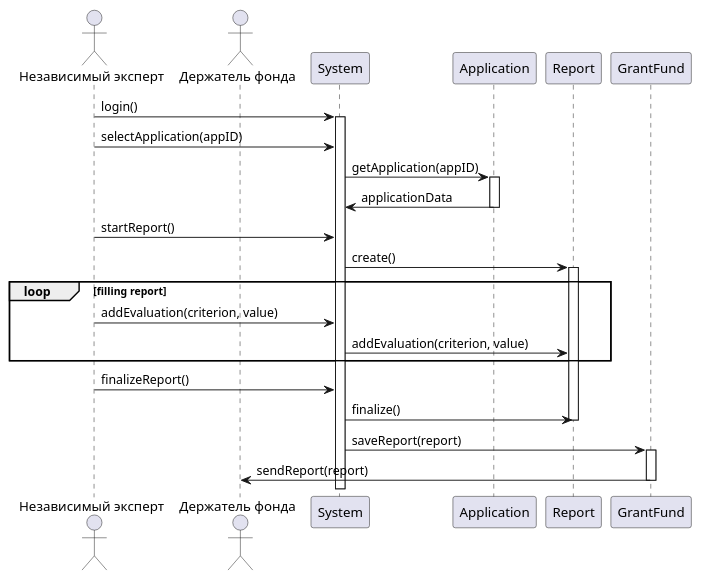
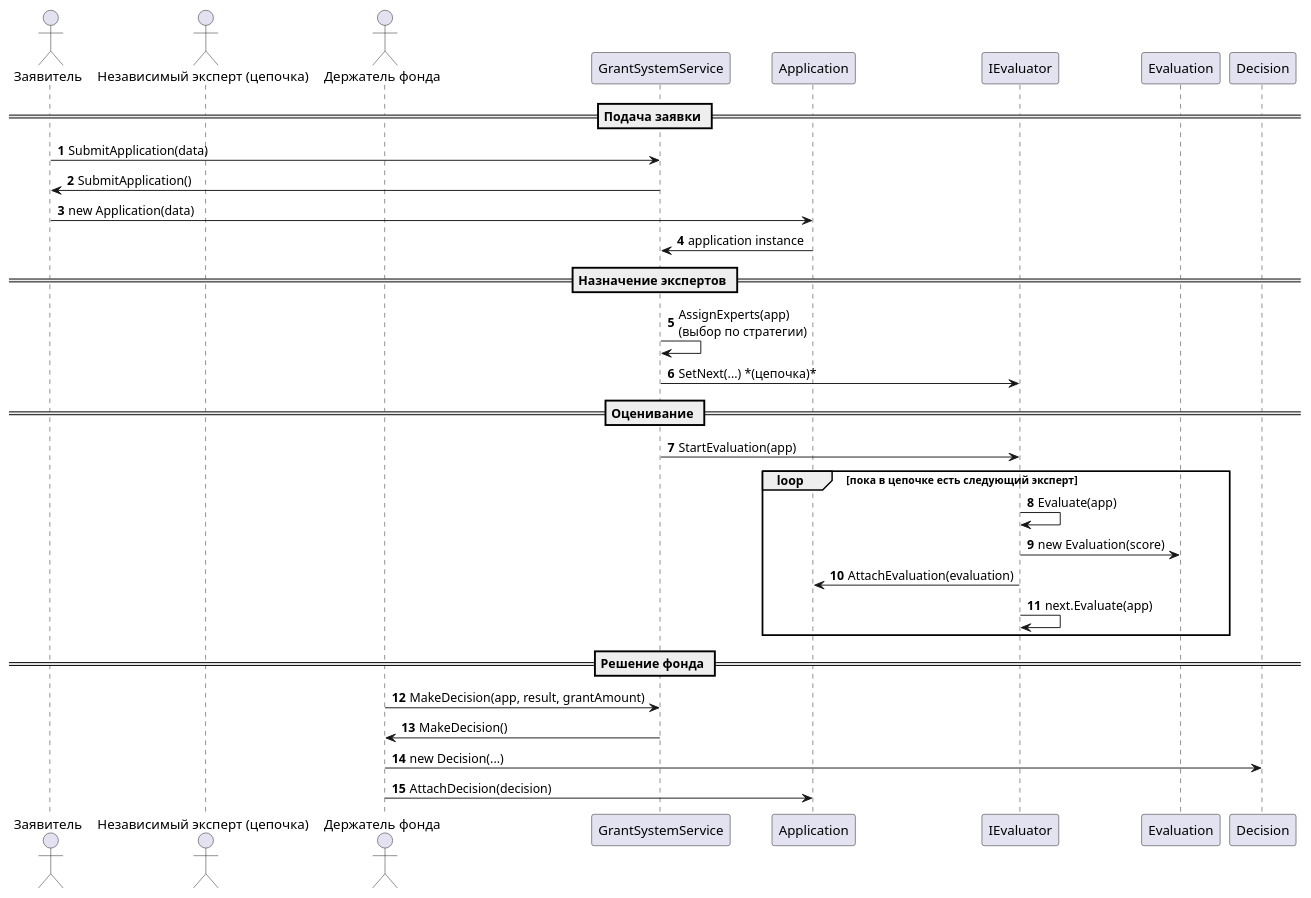
The diagram in Прецеденты/expert-holder.md (penamarth/bsbo-13-23_team2_var9_techexp), drawn with PlantUML before and after one commit. The commit also changed other lines of this file, not shown here.

Commit message:
Изменил схему прецедента

````diff
--- a/Прецеденты/expert-holder.md
+++ b/Прецеденты/expert-holder.md
@@ -1,38 +1,42 @@
 ```plantuml
 @startuml
+autonumber
 
-actor "Независимый эксперт" as Expert
-actor "Держатель фонда" as FundHolder
+actor "Заявитель" as Applicant
+actor "Независимый эксперт (цепочка)" as Expert
+actor "Держатель фонда" as Founder
 
-Expert -> System : login()
-activate System
+participant "GrantSystemService" as Service
+participant "Application" as App
+participant "IEvaluator" as Evaluator
+participant "Evaluation" as Evaluation
+participant "Decision" as Decision
 
-Expert -> System : selectApplication(appID)
-System -> Application : getApplication(appID)
-activate Application
-System <- Application : applicationData
-deactivate Application
+== Подача заявки ==
+Applicant -> Service : SubmitApplication(data)
+Service -> Applicant : SubmitApplication()
+Applicant -> App : new Application(data)
+Service <- App : application instance
 
-Expert -> System : startReport()
-System -> Report : create()
-activate Report
+== Назначение экспертов ==
+Service -> Service : AssignExperts(app)\n(выбор по стратегии)
+Service -> Evaluator : SetNext(...) *(цепочка)*
 
-loop filling report
-    Expert -> System : addEvaluation(criterion, value)
-    System -> Report : addEvaluation(criterion, value)
+== Оценивание ==
+Service -> Evaluator : StartEvaluation(app)
+loop пока в цепочке есть следующий эксперт
+    Evaluator -> Evaluator : Evaluate(app)
+    Evaluator -> Evaluation : new Evaluation(score)
+    Evaluator -> App : AttachEvaluation(evaluation)
+    Evaluator -> Evaluator : next.Evaluate(app)
 end
 
-Expert -> System : finalizeReport()
-System -> Report : finalize()
-deactivate Report
-
-System -> GrantFund : saveReport(report)
-activate GrantFund
-GrantFund -> FundHolder : sendReport(report)
-deactivate GrantFund
-
-
+== Решение фонда ==
+Founder -> Service : MakeDecision(app, result, grantAmount)
+Service -> Founder : MakeDecision()
+Founder -> Decision : new Decision(...)
+Founder -> App : AttachDecision(decision)
 
 @enduml
 
 ```
````
